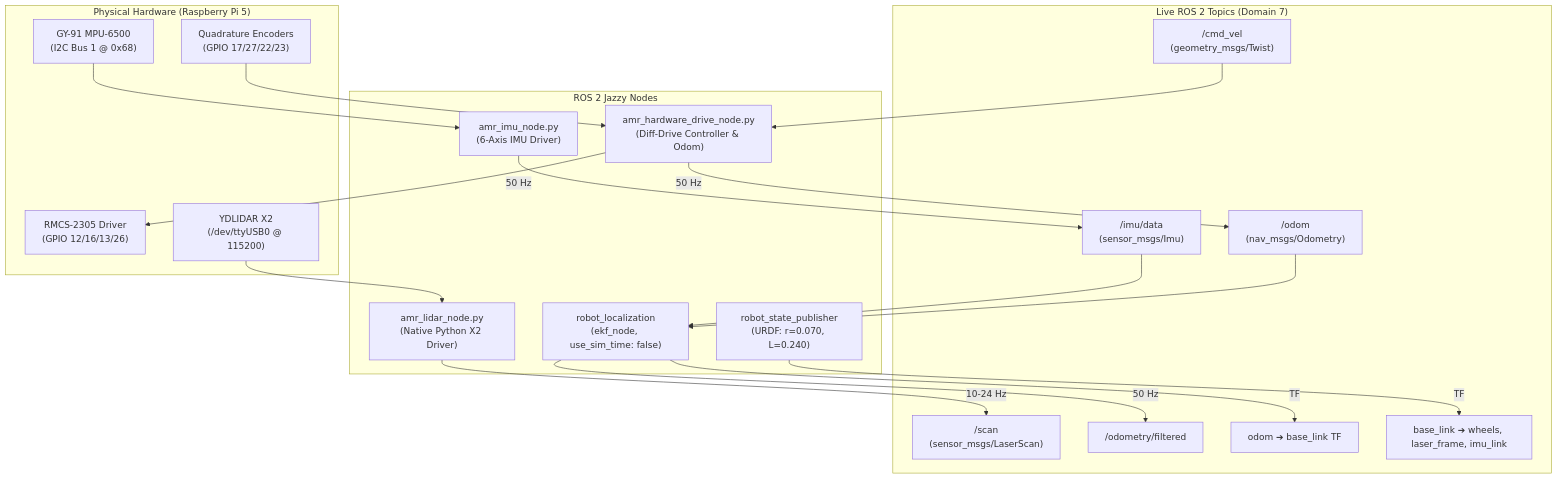
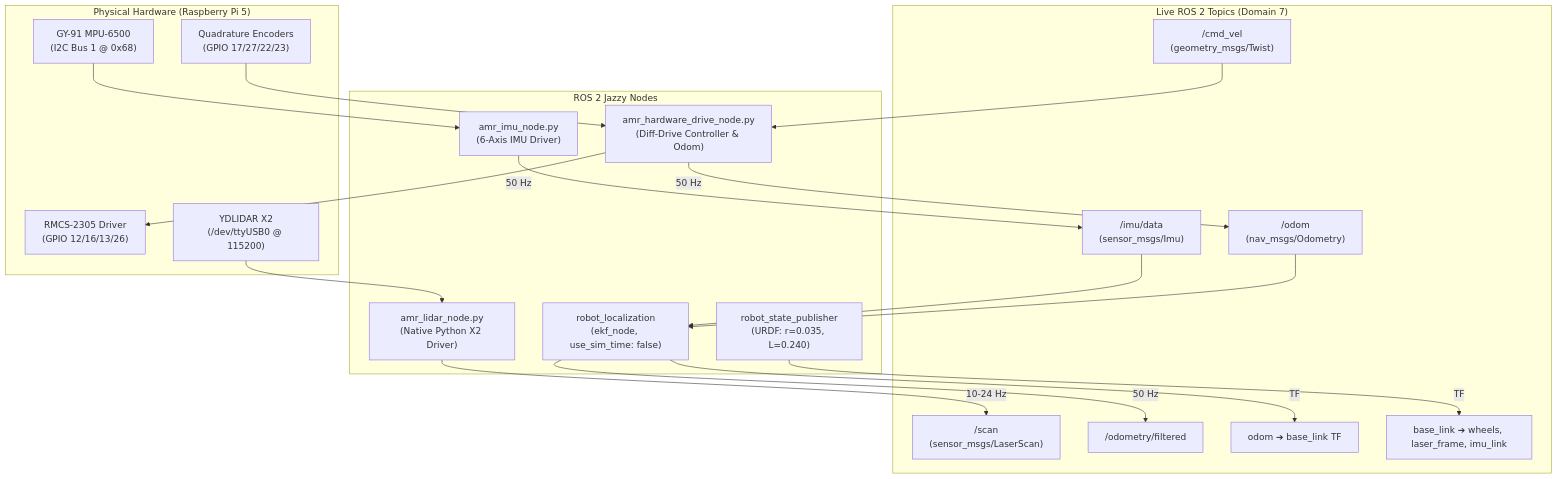
Before and after one commit to RahulK27-pro/AMR: the diagram in docs/Hardware_Integration_Guide.md, drawn with Mermaid. The commit also changed other lines of this file and 5 other files, not shown here.

````diff
--- a/docs/Hardware_Integration_Guide.md
+++ b/docs/Hardware_Integration_Guide.md
@@ -58,36 +59,36 @@
 ```mermaid
 flowchart TD
     subgraph HW ["Physical Hardware (Raspberry Pi 5)"]
         MOTORS["RMCS-2305 Driver<br/>(GPIO 12/16/13/26)"]
         ENCODERS["Quadrature Encoders<br/>(GPIO 17/27/22/23)"]
         IMU_CHIP["GY-91 MPU-6500<br/>(I2C Bus 1 @ 0x68)"]
         LIDAR_DEV["YDLIDAR X2<br/>(/dev/ttyUSB0 @ 115200)"]
     end
 
     subgraph ROS_NODES ["ROS 2 Jazzy Nodes"]
         DRIVE["amr_hardware_drive_node.py<br/>(Diff-Drive Controller & Odom)"]
         IMU_NODE["amr_imu_node.py<br/>(6-Axis IMU Driver)"]
         LIDAR_NODE["amr_lidar_node.py<br/>(Native Python X2 Driver)"]
-        RSP["robot_state_publisher<br/>(URDF: r=0.070, L=0.240)"]
+        RSP["robot_state_publisher<br/>(URDF: r=0.035, L=0.240)"]
         EKF["robot_localization<br/>(ekf_node, use_sim_time: false)"]
     end
 
     subgraph TOPICS ["Live ROS 2 Topics (Domain 7)"]
         CMD_VEL["/cmd_vel<br/>(geometry_msgs/Twist)"] --> DRIVE
         DRIVE --> MOTORS
         ENCODERS --> DRIVE
         DRIVE -->|50 Hz| ODOM["/odom<br/>(nav_msgs/Odometry)"]
 
         IMU_CHIP --> IMU_NODE
         IMU_NODE -->|50 Hz| IMU_DATA["/imu/data<br/>(sensor_msgs/Imu)"]
 
         LIDAR_DEV --> LIDAR_NODE
         LIDAR_NODE -->|10-24 Hz| SCAN["/scan<br/>(sensor_msgs/LaserScan)"]
 
         ODOM --> EKF
         IMU_DATA --> EKF
         EKF -->|50 Hz| ODOM_FILT["/odometry/filtered"]
         EKF -->|TF| TF_ODOM["odom ➔ base_link TF"]
         RSP -->|TF| TF_STATIC["base_link ➔ wheels, laser_frame, imu_link"]
     end
 ```
````
